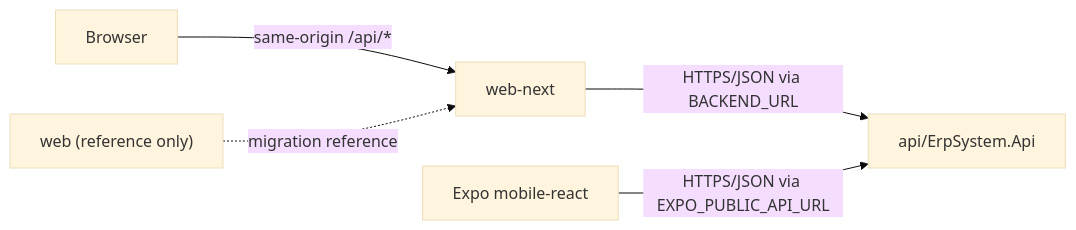
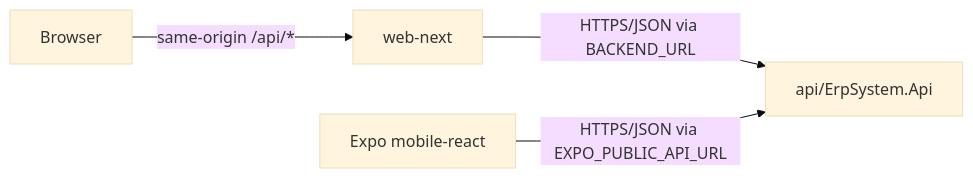
Before and after one commit to shabanelmogy/hr-system: the diagram in README.md, drawn with Mermaid (base theme). The commit also changed other lines of this file and 37 other files, not shown here.

````diff
--- a/README.md
+++ b/README.md
@@ -45,7 +46,6 @@
 ```mermaid
 flowchart LR
     Browser["Browser"] -->|"same-origin /api/*"| WebNext["web-next"]
     WebNext -->|"HTTPS/JSON via BACKEND_URL"| Api["api/ErpSystem.Api"]
     Mobile["Expo mobile-react"] -->|"HTTPS/JSON via EXPO_PUBLIC_API_URL"| Api
-    Legacy["web (reference only)"] -.->|"migration reference"| WebNext
 ```
````
